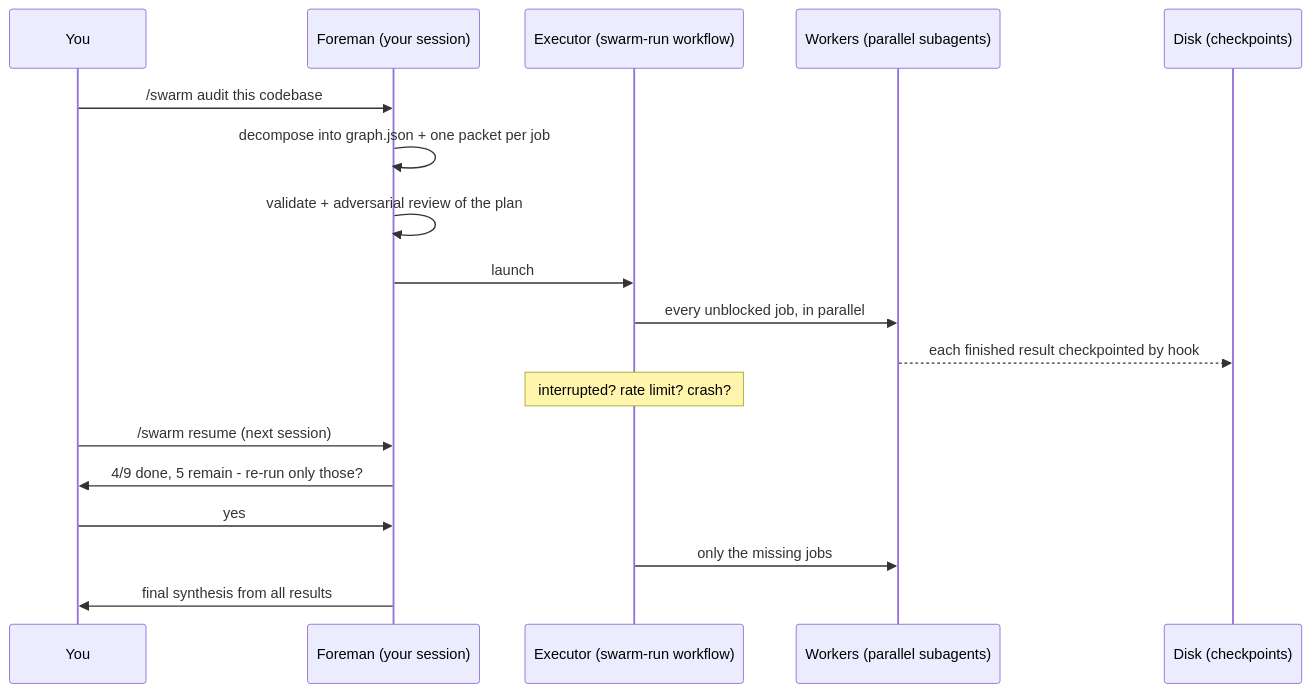
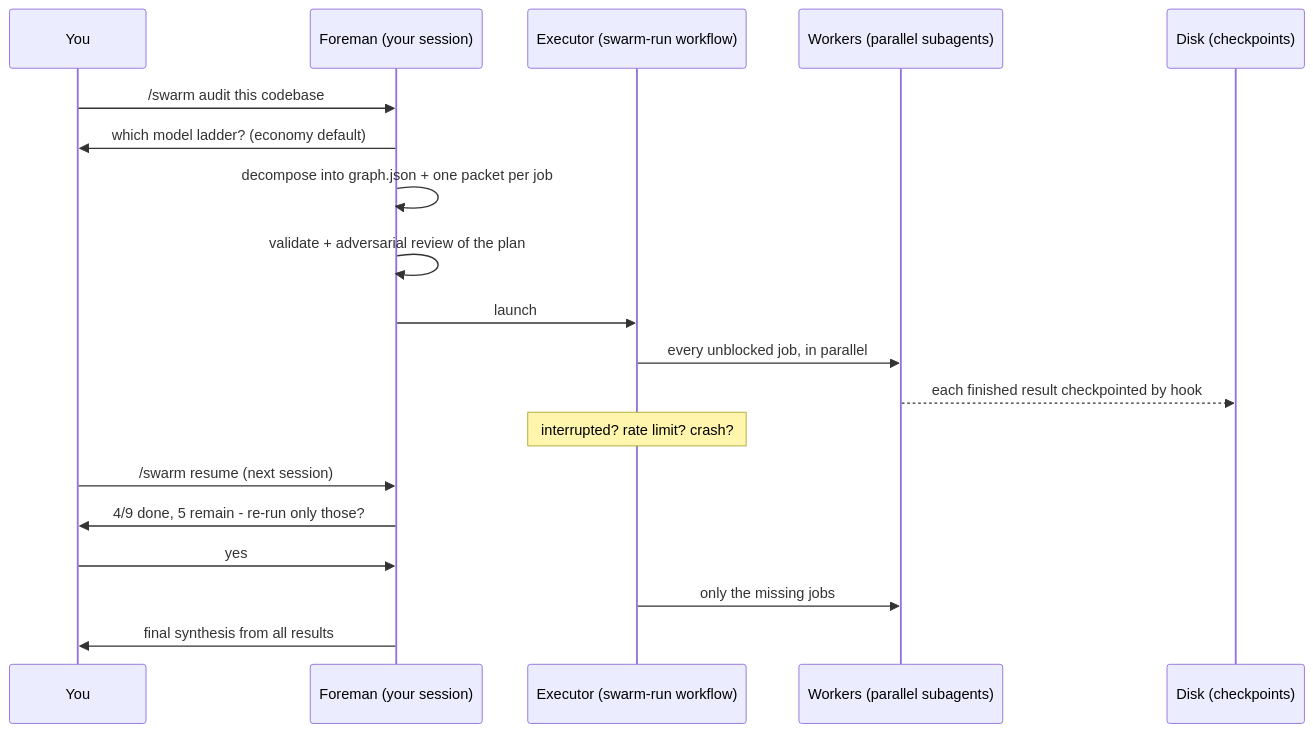
The third of 8 diagrams in README.md (varmabudharaju/swarm), drawn with Mermaid before and after one commit. The commit also changed other lines of this file, not shown here.

````diff
--- a/README.md
+++ b/README.md
@@ -53,21 +92,22 @@
 ```mermaid
 sequenceDiagram
     participant U as You
     participant F as Foreman (your session)
     participant E as Executor (swarm-run workflow)
     participant W as Workers (parallel subagents)
     participant D as Disk (checkpoints)
 
     U->>F: /swarm audit this codebase
+    F->>U: which model ladder? (economy default)
     F->>F: decompose into graph.json + one packet per job
     F->>F: validate + adversarial review of the plan
     F->>E: launch
     E->>W: every unblocked job, in parallel
     W-->>D: each finished result checkpointed by hook
     Note over E: interrupted? rate limit? crash?
     U->>F: /swarm resume (next session)
     F->>U: 4/9 done, 5 remain - re-run only those?
     U->>F: yes
     E->>W: only the missing jobs
     F->>U: final synthesis from all results
 ```
````
